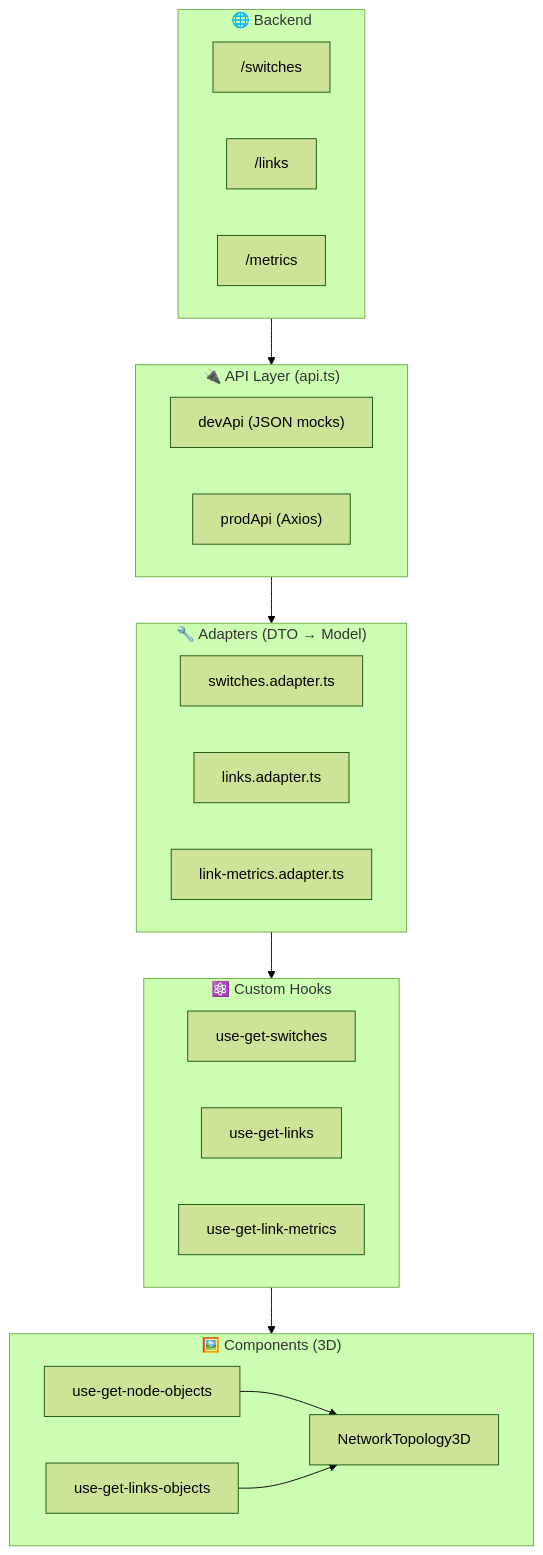
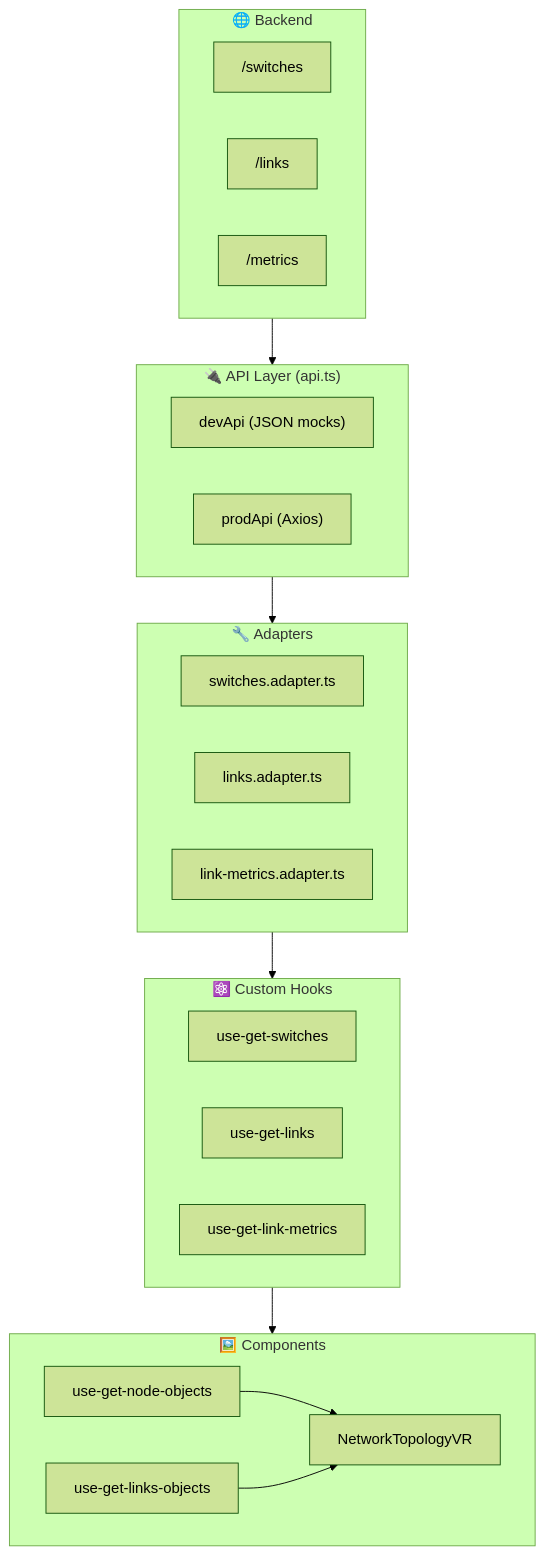
Before and after one commit to JorgeAVargasC/react-3d-models: the diagram in README.md, drawn with Mermaid (forest theme). The commit also changed other lines of this file and 2 other files, not shown here.

````diff
--- a/README.md
+++ b/README.md
@@ -89,39 +89,39 @@
 ```mermaid
 flowchart TD
 
 subgraph Backend["🌐 Backend"]
     API1["/switches"]
     API2["/links"]
     API3["/metrics"]
 end
 
 subgraph API["🔌 API Layer (api.ts)"]
     DEV["devApi (JSON mocks)"]
     PROD["prodApi (Axios)"]
 end
 
-subgraph Adapters["🔧 Adapters (DTO → Model)"]
+subgraph Adapters["🔧 Adapters"]
     A1["switches.adapter.ts"]
     A2["links.adapter.ts"]
     A3["link-metrics.adapter.ts"]
 end
 
 subgraph Hooks["⚛️ Custom Hooks"]
     H1["use-get-switches"]
     H2["use-get-links"]
     H3["use-get-link-metrics"]
 end
 
-subgraph Components["🖼️ Components (3D)"]
+subgraph Components["🖼️ Components"]
     C1["use-get-node-objects"]
     C2["use-get-links-objects"]
-    C3["NetworkTopology3D"]
+    C3["NetworkTopologyVR"]
 end
 
 Backend --> API
 API --> Adapters
 Adapters --> Hooks
 Hooks --> Components
 C1 --> C3
 C2 --> C3
 ```
````
